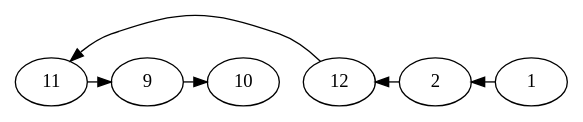
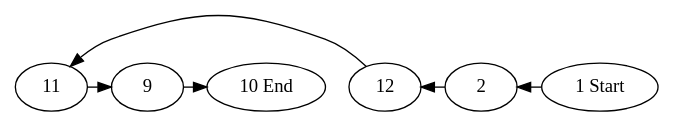
One commit to Devil29/Traffic_SImulator changed the diagram in Rotation Vector/path.gv. Above: the diagram before and after it, drawn with Graphviz. The commit also changed 2 other files, not shown here.

```diff
--- a/Rotation Vector/path.gv
+++ b/Rotation Vector/path.gv
@@ -1,14 +1,14 @@
 // Path From  source to Destination
 digraph {
 	11 [label=11]
-	10 [label=10]
 	12 [label=12]
-	1 [label=1]
 	2 [label=2]
+	"1 Start" [label="1 Start"]
 	9 [label=9]
-		1 -> 2 [constraint=false]
+	"10 End" [label="10 End"]
+		"1 Start" -> 2 [constraint=false]
 		2 -> 12 [constraint=false]
 		12 -> 11 [constraint=false]
 		11 -> 9 [constraint=false]
-		9 -> 10 [constraint=false]
+		9 -> "10 End" [constraint=false]
 }
```
